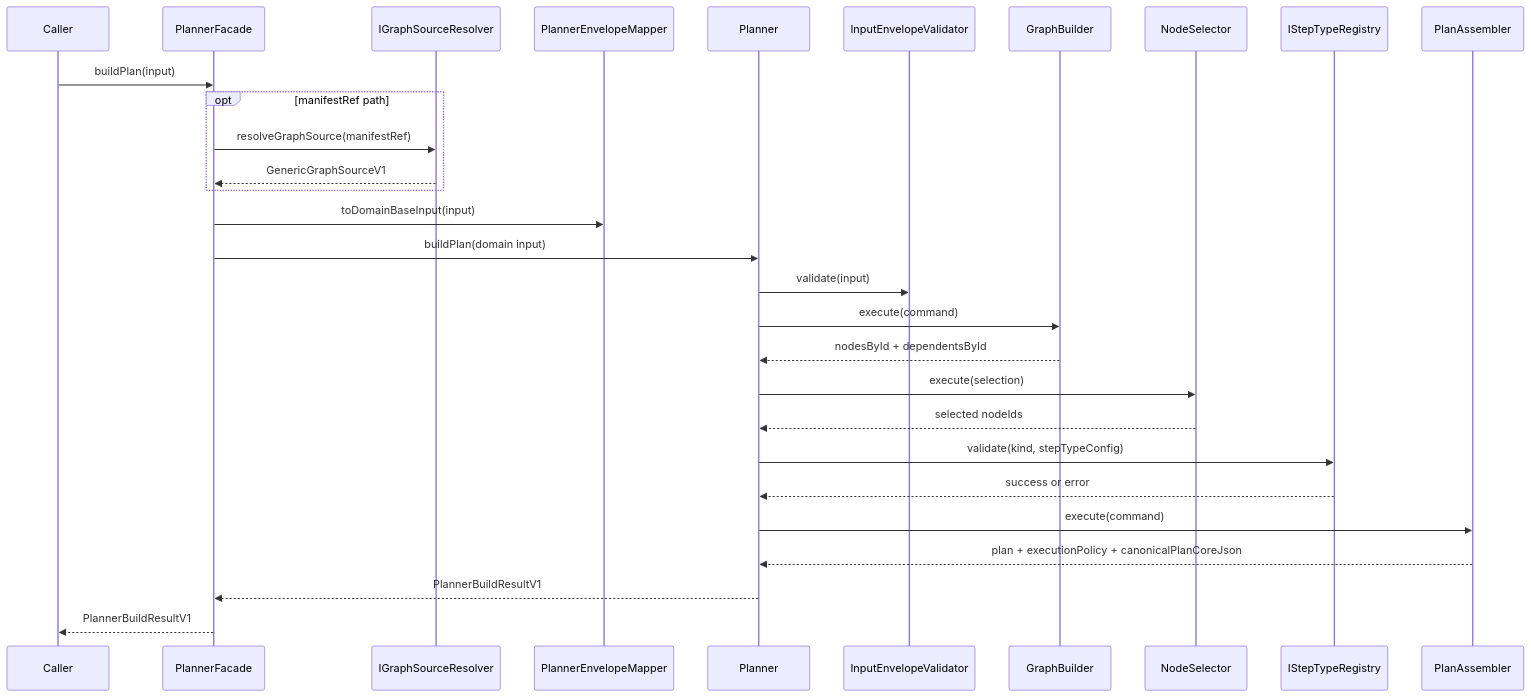
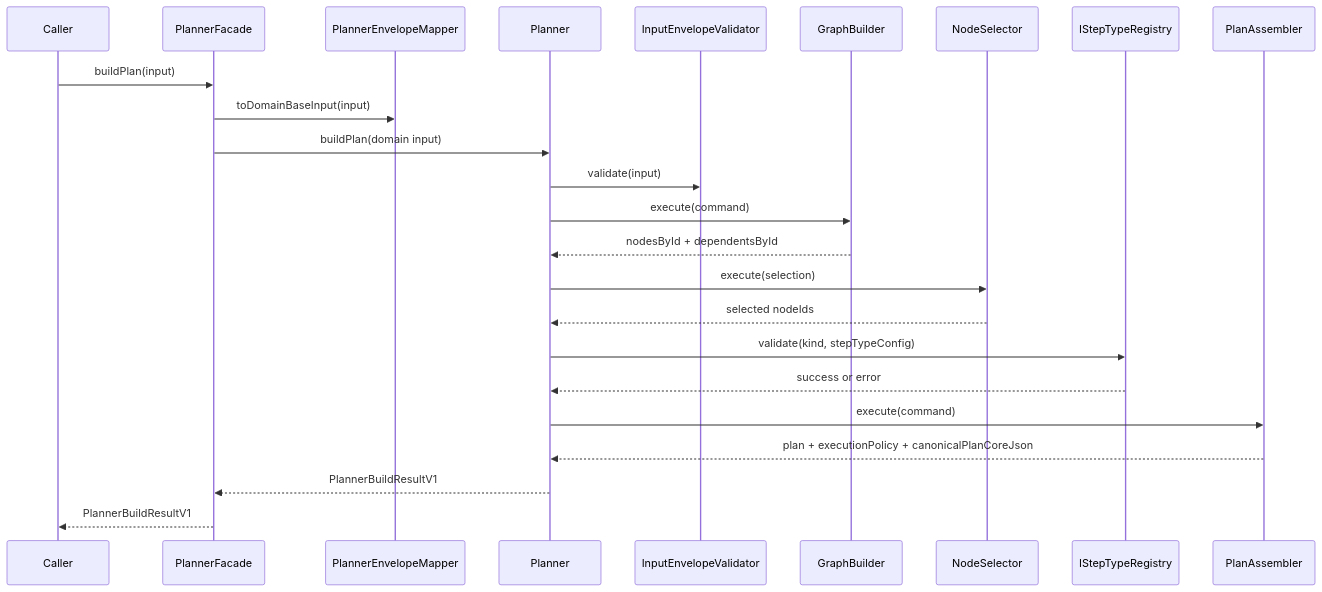
One commit to dunay2/dvt changed the second of 3 diagrams in docs/planning/status/planner-current-state-assessment.md. Above: the diagram before and after it, drawn with Mermaid. The commit also changed other lines of this file and 46 other files, not shown here.

Commit message:
refactor(planner): Hard-cut runtime ingress to canonical graphSource

````diff
--- a/docs/planning/status/planner-current-state-assessment.md
+++ b/docs/planning/status/planner-current-state-assessment.md
@@ -94,32 +153,27 @@
 ```mermaid
 sequenceDiagram
     participant Caller as Caller
     participant Facade as PlannerFacade
-    participant Resolver as IGraphSourceResolver
     participant Mapper as PlannerEnvelopeMapper
     participant Core as Planner
     participant Validator as InputEnvelopeValidator
     participant Graph as GraphBuilder
     participant Selector as NodeSelector
     participant Registry as IStepTypeRegistry
     participant Assembler as PlanAssembler
 
     Caller->>Facade: buildPlan(input)
-    opt manifestRef path
-        Facade->>Resolver: resolveGraphSource(manifestRef)
-        Resolver-->>Facade: GenericGraphSourceV1
-    end
     Facade->>Mapper: toDomainBaseInput(input)
     Facade->>Core: buildPlan(domain input)
     Core->>Validator: validate(input)
     Core->>Graph: execute(command)
     Graph-->>Core: nodesById + dependentsById
     Core->>Selector: execute(selection)
     Selector-->>Core: selected nodeIds
     Core->>Registry: validate(kind, stepTypeConfig)
     Registry-->>Core: success or error
     Core->>Assembler: execute(command)
     Assembler-->>Core: plan + executionPolicy + canonicalPlanCoreJson
     Core-->>Facade: PlannerBuildResultV1
     Facade-->>Caller: PlannerBuildResultV1
 ```
````
